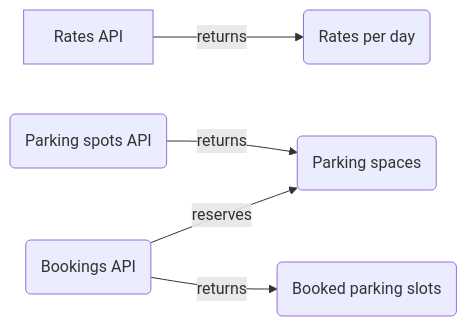
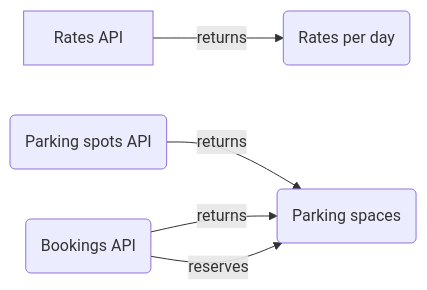
One commit to alsyedz-examples/parking-system changed the diagram in README.md. Above: the diagram before and after it, drawn with Mermaid.

````diff
--- a/README.md
+++ b/README.md
@@ -3,14 +3,13 @@
 ```mermaid
 graph LR
 A[Rates API]
 B(Rates per day)
 C(Parking spots API)
 D(Parking spaces)
 E(Bookings API)
-F(Booked parking slots)
 
 A -- returns --> B
 C -- returns --> D
-E -- returns --> F
+E -- returns --> D
 E -- reserves --> D
 ```
````
